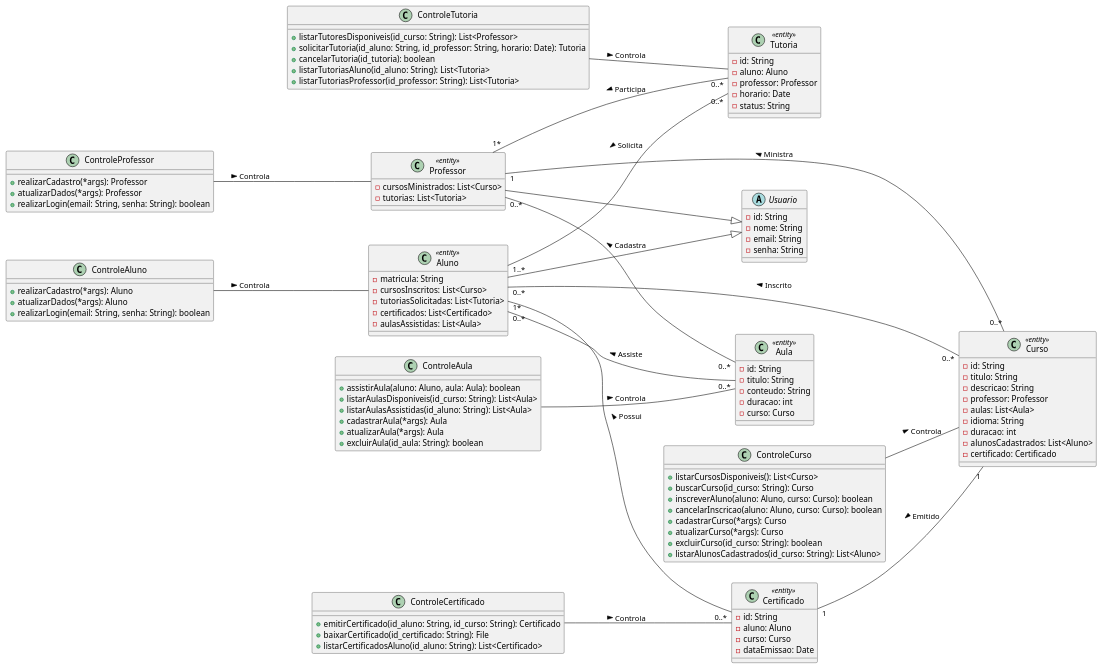
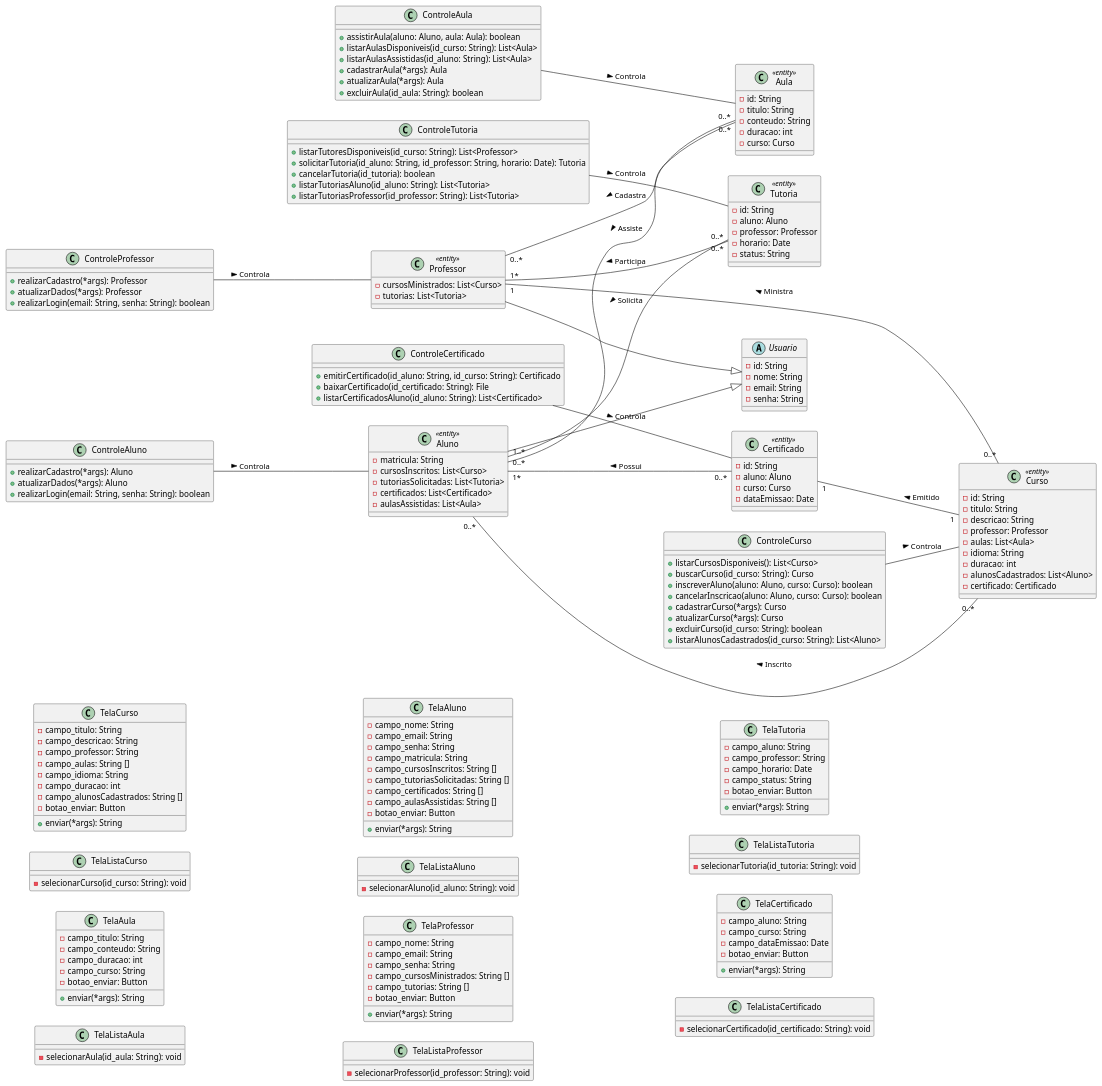
One commit to Nicolas-Emanuel7/Atividades-APS changed the diagram in projeto-2Unidade/modelo-classes/aluno.puml. Above: the diagram before and after it, drawn with PlantUML.

Commit message:
Telas Criadas

```diff
--- a/projeto-2Unidade/modelo-classes/aluno.puml
+++ b/projeto-2Unidade/modelo-classes/aluno.puml
@@ -102,6 +102,92 @@
     +listarCertificadosAluno(id_aluno: String): List<Certificado>
 }
 
+class TelaCurso {
+    -campo_titulo: String
+    -campo_descricao: String
+    -campo_professor: String
+    -campo_aulas: String []
+    -campo_idioma: String
+    -campo_duracao: int
+    -campo_alunosCadastrados: String []
+    -botao_enviar: Button
+    +enviar(*args): String
+}
+
+class TelaListaCurso{
+    -selecionarCurso(id_curso: String): void
+}
+
+class TelaAula {
+    -campo_titulo: String
+    -campo_conteudo: String
+    -campo_duracao: int
+    -campo_curso: String
+    -botao_enviar: Button
+    +enviar(*args): String
+}
+
+class TelaListaAula{
+    -selecionarAula(id_aula: String): void
+}
+
+class TelaAluno {
+    -campo_nome: String
+    -campo_email: String
+    -campo_senha: String
+    -campo_matricula: String
+    -campo_cursosInscritos: String []
+    -campo_tutoriasSolicitadas: String []
+    -campo_certificados: String []
+    -campo_aulasAssistidas: String []
+    -botao_enviar: Button
+    +enviar(*args): String
+}
+
+class TelaListaAluno{
+    -selecionarAluno(id_aluno: String): void
+}
+
+class TelaProfessor {
+    -campo_nome: String
+    -campo_email: String
+    -campo_senha: String
+    -campo_cursosMinistrados: String []
+    -campo_tutorias: String []
+    -botao_enviar: Button
+    +enviar(*args): String
+}
+
+class TelaListaProfessor{
+    -selecionarProfessor(id_professor: String): void
+}
+
+class TelaTutoria {
+    -campo_aluno: String
+    -campo_professor: String
+    -campo_horario: Date
+    -campo_status: String
+    -botao_enviar: Button
+    +enviar(*args): String
+}
+
+class TelaListaTutoria{
+    -selecionarTutoria(id_tutoria: String): void
+}
+
+class TelaCertificado {
+    -campo_aluno: String
+    -campo_curso: String
+    -campo_dataEmissao: Date
+    -botao_enviar: Button
+    +enviar(*args): String
+}
+
+class TelaListaCertificado{
+    -selecionarCertificado(id_certificado: String): void
+}
+
+
 Aluno --|> Usuario
 Professor --|> Usuario
 
```
